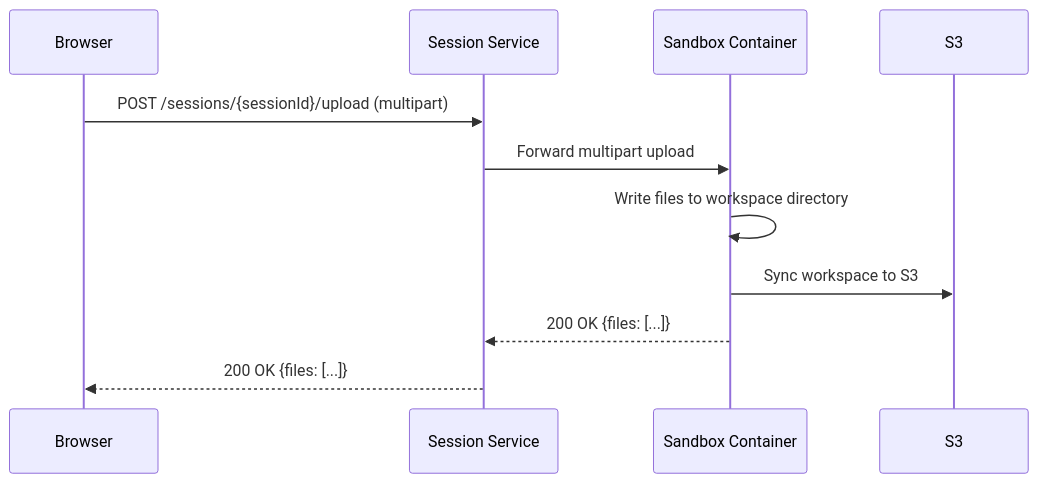
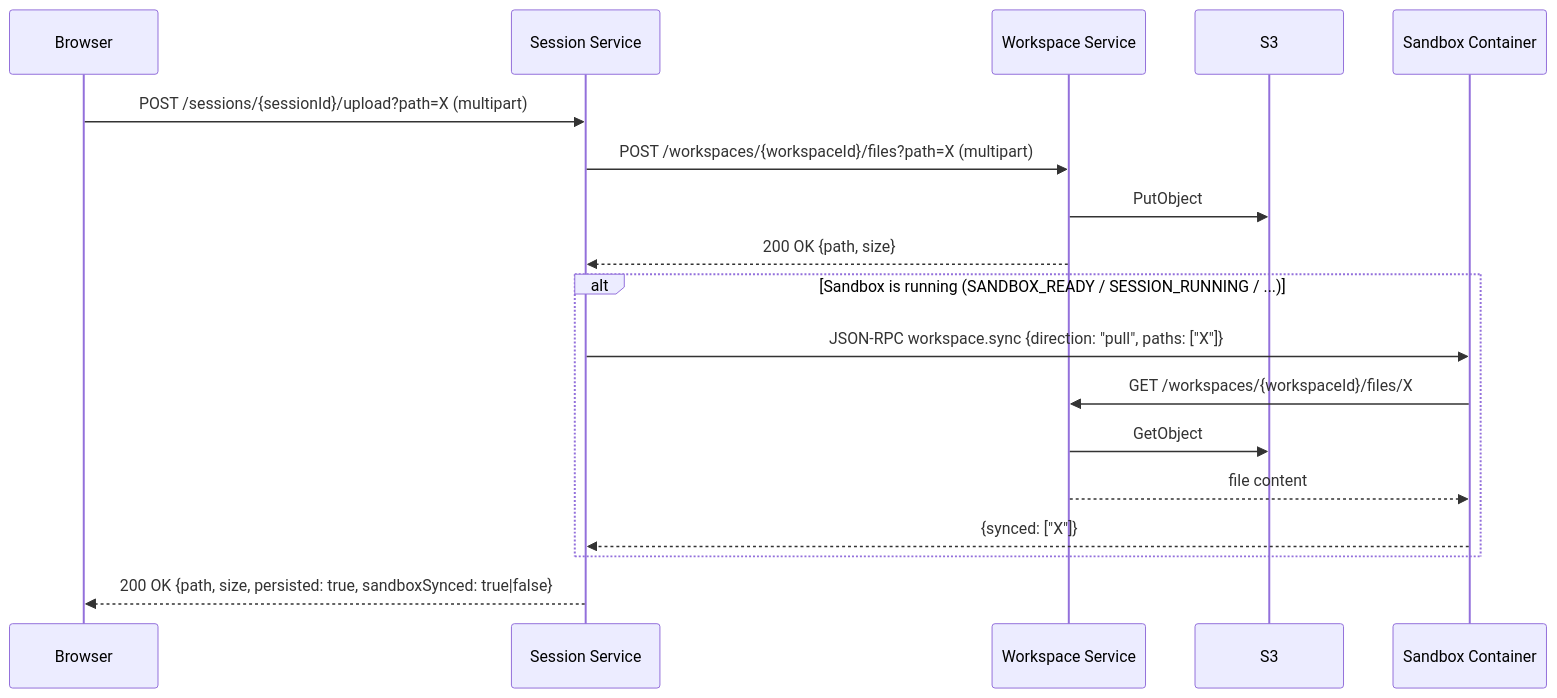
Before and after one commit to suman724/cowork-infra: the third of 6 diagrams in docs/components/web-execution.md, drawn with Mermaid. The commit also changed other lines of this file and 10 other files, not shown here.

````diff
--- a/docs/components/web-execution.md
+++ b/docs/components/web-execution.md
@@ -273,14 +277,21 @@
 ```mermaid
 sequenceDiagram
   participant Browser as Browser
   participant SS as Session Service
+  participant WS as Workspace Service
+  participant S3 as S3
   participant Sandbox as Sandbox Container
-  participant S3 as S3
 
-  Browser->>SS: POST /sessions/{sessionId}/upload (multipart)
-  SS->>Sandbox: Forward multipart upload
-  Sandbox->>Sandbox: Write files to workspace directory
-  Sandbox->>S3: Sync workspace to S3
-  Sandbox-->>SS: 200 OK {files: [...]}
-  SS-->>Browser: 200 OK {files: [...]}
+  Browser->>SS: POST /sessions/{sessionId}/upload?path=X (multipart)
+  SS->>WS: POST /workspaces/{workspaceId}/files?path=X (multipart)
+  WS->>S3: PutObject
+  WS-->>SS: 200 OK {path, size}
+  alt Sandbox is running (SANDBOX_READY / SESSION_RUNNING / ...)
+    SS->>Sandbox: JSON-RPC workspace.sync {direction: "pull", paths: ["X"]}
+    Sandbox->>WS: GET /workspaces/{workspaceId}/files/X
+    WS->>S3: GetObject
+    WS-->>Sandbox: file content
+    Sandbox-->>SS: {synced: ["X"]}
+  end
+  SS-->>Browser: 200 OK {path, size, persisted: true, sandboxSynced: true|false}
 ```
````
